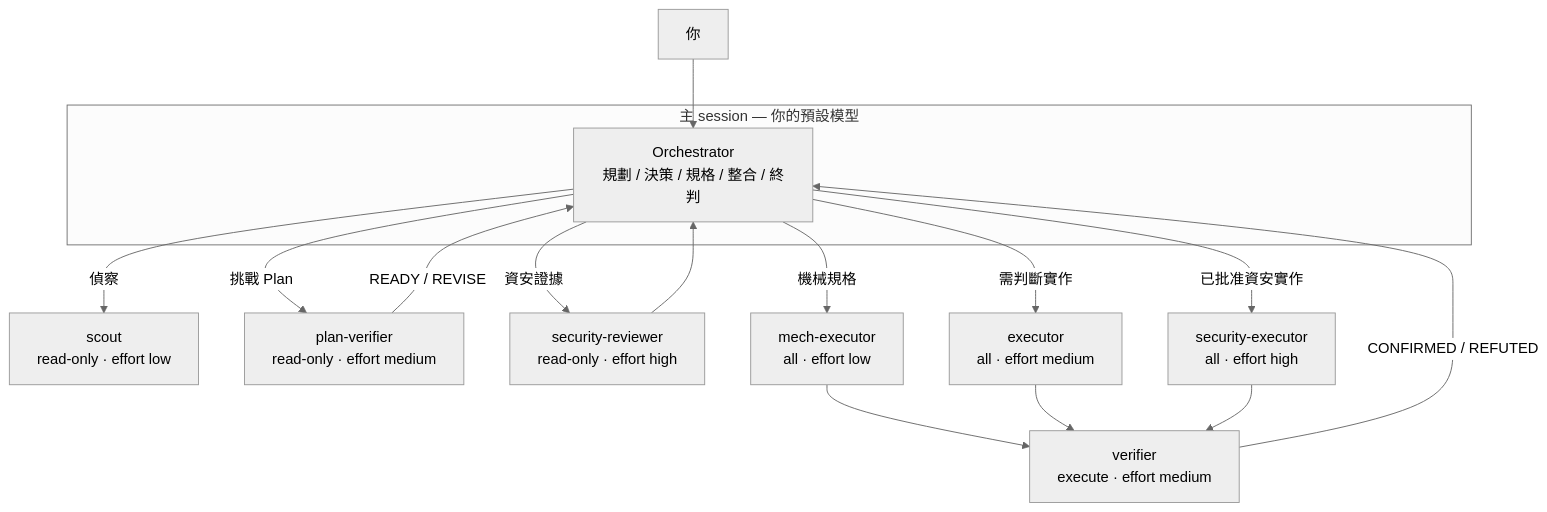
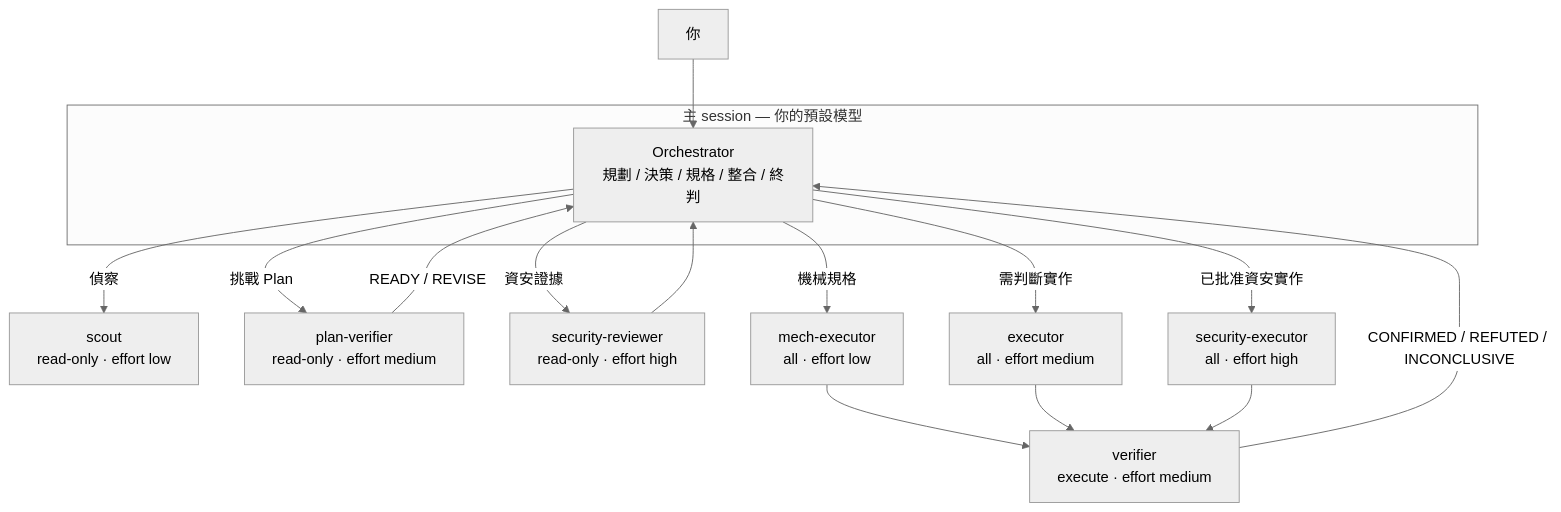
One commit to Nanako0129/pilotfish-grok changed the second of 3 diagrams in README.zh-TW.md. Above: the diagram before and after it, drawn with Mermaid (neutral theme). The commit also changed other lines of this file and 6 other files, not shown here.

````diff
--- a/README.zh-TW.md
+++ b/README.zh-TW.md
@@ -85,19 +85,19 @@
 ```mermaid
 flowchart TD
     U[你] --> O
     subgraph MAIN["主 session — 你的預設模型"]
         O["Orchestrator<br/>規劃 / 決策 / 規格 / 整合 / 終判"]
     end
     O -->|偵察| S["scout<br/>read-only · effort low"]
     O -->|挑戰 Plan| PV["plan-verifier<br/>read-only · effort medium"]
     PV -->|READY / REVISE| O
     O -->|資安證據| SR["security-reviewer<br/>read-only · effort high"]
     SR --> O
     O -->|機械規格| M["mech-executor<br/>all · effort low"]
     O -->|需判斷實作| E["executor<br/>all · effort medium"]
     O -->|已批准資安實作| SEC["security-executor<br/>all · effort high"]
     M --> V["verifier<br/>execute · effort medium"]
     E --> V
     SEC --> V
-    V -->|CONFIRMED / REFUTED| O
+    V -->|CONFIRMED / REFUTED / INCONCLUSIVE| O
 ```
````
